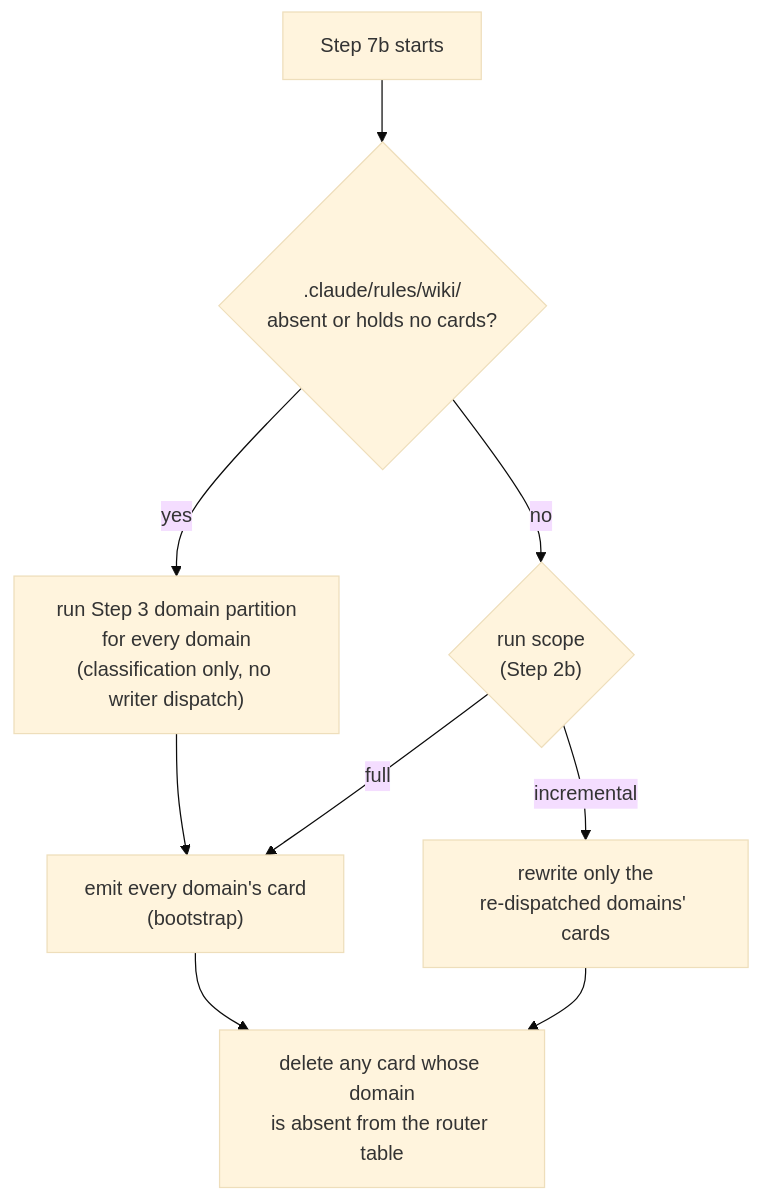
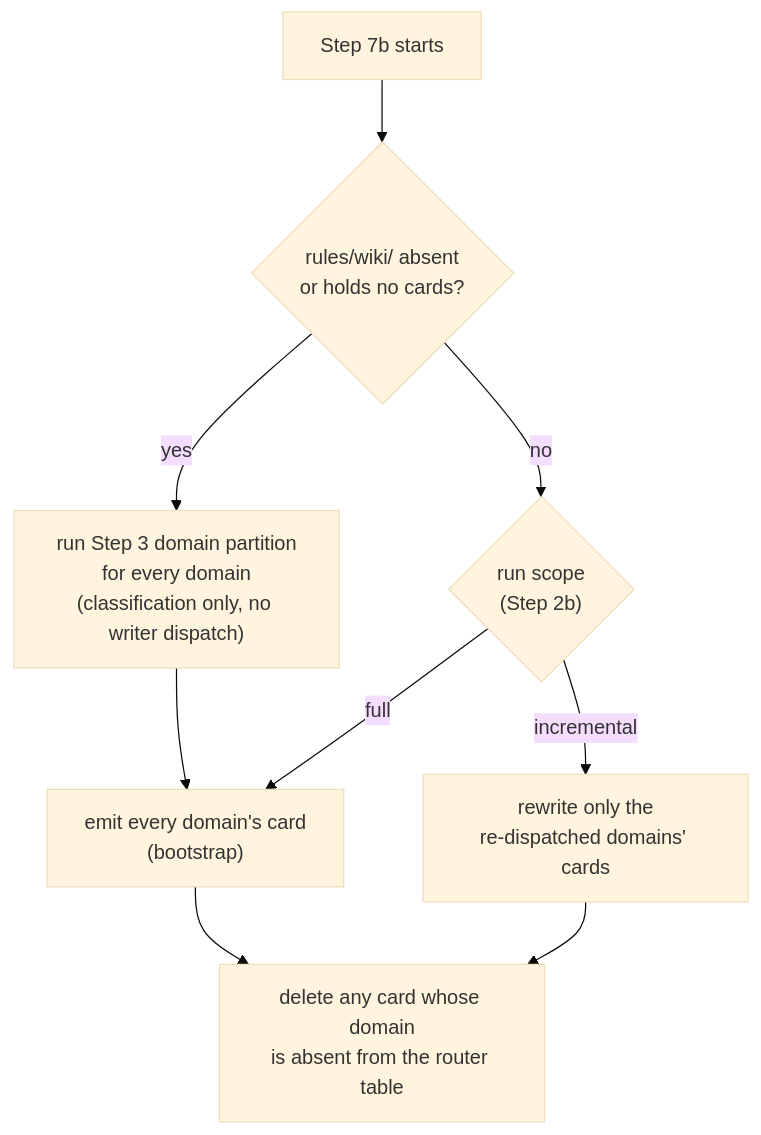
The second of 3 diagrams in docs/wiki/signals.md (damusix/atomic-claude), drawn with Mermaid (base theme) before and after one commit. The commit also changed other lines of this file and 11 other files, not shown here.

````diff
--- a/docs/wiki/signals.md
+++ b/docs/wiki/signals.md
@@ -72,11 +73,11 @@
 ```mermaid
 flowchart TD
-    S["Step 7b starts"] --> Q1{".claude/rules/wiki/<br/>absent or holds no cards?"}
+    S["Step 7b starts"] --> Q1{"rules/wiki/ absent<br/>or holds no cards?"}
     Q1 -->|yes| PART["run Step 3 domain partition<br/>for every domain<br/>(classification only, no writer dispatch)"]
     PART --> ALL["emit every domain's card<br/>(bootstrap)"]
     Q1 -->|no| Q2{"run scope<br/>(Step 2b)"}
     Q2 -->|full| ALL
     Q2 -->|incremental| SOME["rewrite only the<br/>re-dispatched domains' cards"]
     ALL --> DEL["delete any card whose domain<br/>is absent from the router table"]
     SOME --> DEL
 ```
````
